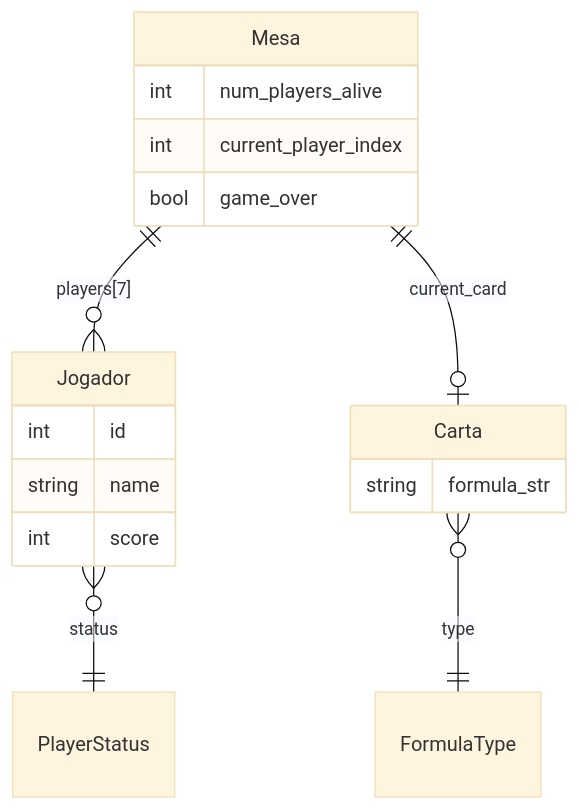
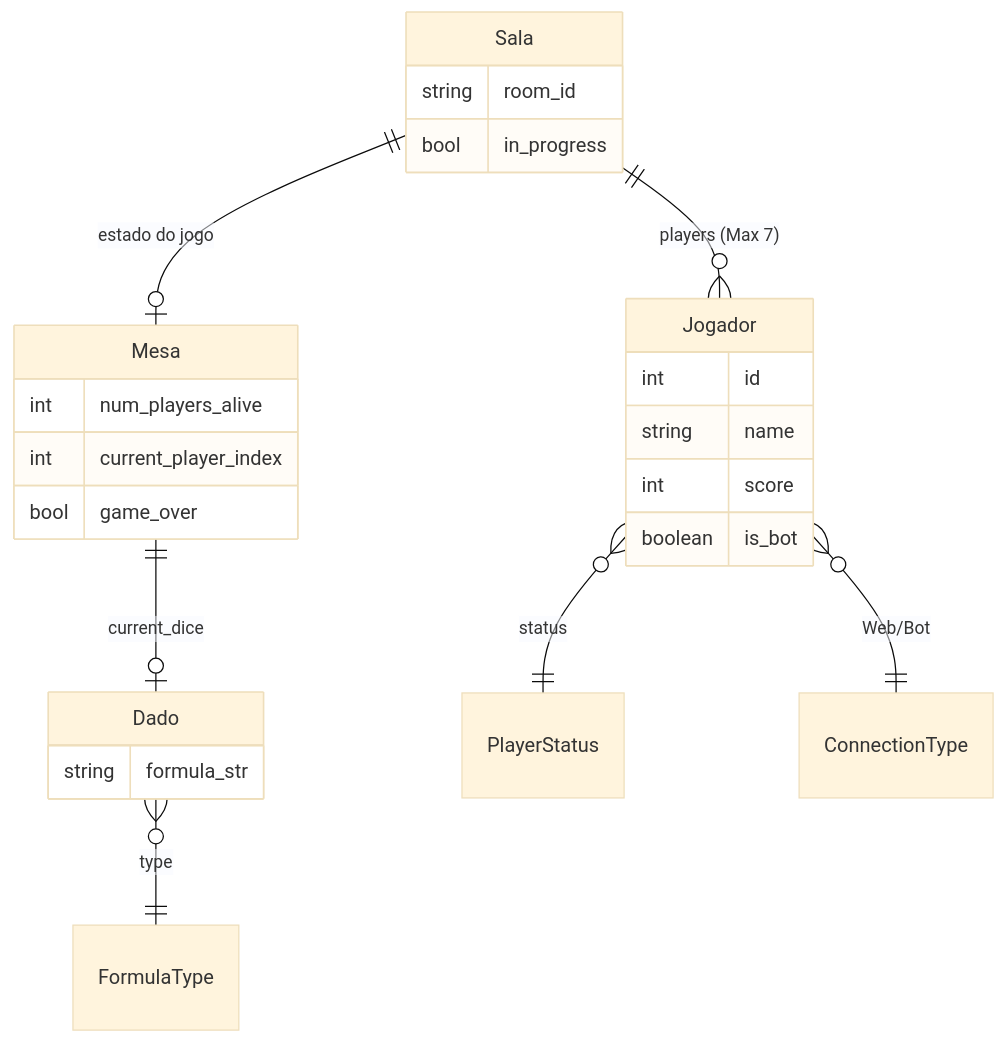
The second of 4 diagrams in README.md (rsc3-pixel/The-Boolean-Bar), drawn with Mermaid (base theme) before and after one commit. The commit also changed other lines of this file, not shown here.

Commit message:
docs: reestruturar README para Fullstack e alinhar terminologia Liar's Dice

````diff
--- a/README.md
+++ b/README.md
@@ -152,23 +163,31 @@
 ```mermaid
 erDiagram
-    Mesa ||--o{ Jogador : "players[7]"
-    Mesa ||--o| Carta : "current_card"
-    Carta }o--|| FormulaType : "type"
+    Sala ||--o{ Jogador : "players (Max 7)"
+    Sala ||--o| Mesa : "estado do jogo"
+    Mesa ||--o| Dado : "current_dice"
+    Dado }o--|| FormulaType : "type"
     Jogador }o--|| PlayerStatus : "status"
+    Jogador }o--|| ConnectionType : "Web/Bot"
+
+    Sala {
+        string room_id
+        bool in_progress
+    }
 
     Mesa {
         int num_players_alive
         int current_player_index
         bool game_over
     }
 
     Jogador {
         int id
         string name
         int score
+        boolean is_bot
     }
 
-    Carta {
+    Dado {
         string formula_str
     }
 ```
````
